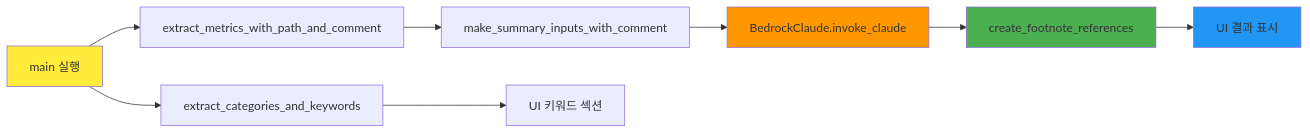
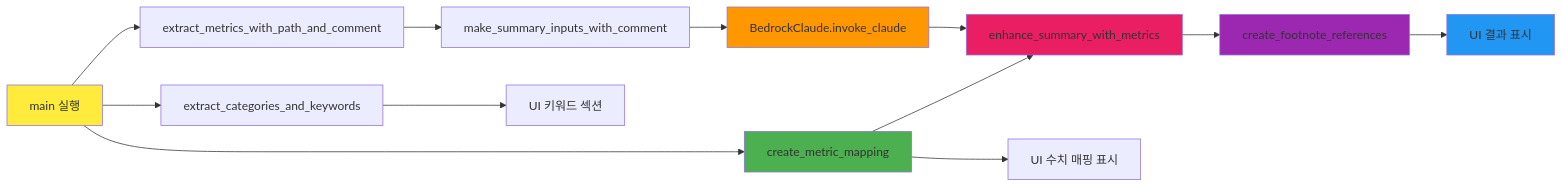
One commit to heungh/json_summary_demo changed the sixth of 11 diagrams in README.md. Above: the diagram before and after it, drawn with Mermaid. The commit also changed other lines of this file and 1 other file, not shown here.

````diff
--- a/README.md
+++ b/README.md
@@ -174,17 +205,23 @@
 ```mermaid
 graph LR
     A[main 실행] --> B[extract_metrics_with_path_and_comment]
     A --> C[extract_categories_and_keywords]
+    A --> D[create_metric_mapping]
     
-    B --> D[make_summary_inputs_with_comment]
-    D --> E[BedrockClaude.invoke_claude]
+    B --> E[make_summary_inputs_with_comment]
+    E --> F[BedrockClaude.invoke_claude]
+    D --> G[enhance_summary_with_metrics]
     
-    E --> F[create_footnote_references]
-    C --> G[UI 키워드 섹션]
-    F --> H[UI 결과 표시]
+    F --> G
+    G --> H[create_footnote_references]
+    C --> I[UI 키워드 섹션]
+    H --> J[UI 결과 표시]
+    D --> K[UI 수치 매핑 표시]
     
     style A fill:#ffeb3b
-    style E fill:#ff9800
-    style F fill:#4caf50
-    style H fill:#2196f3
+    style D fill:#4caf50
+    style F fill:#ff9800
+    style G fill:#e91e63
+    style H fill:#9c27b0
+    style J fill:#2196f3
 ```
````
